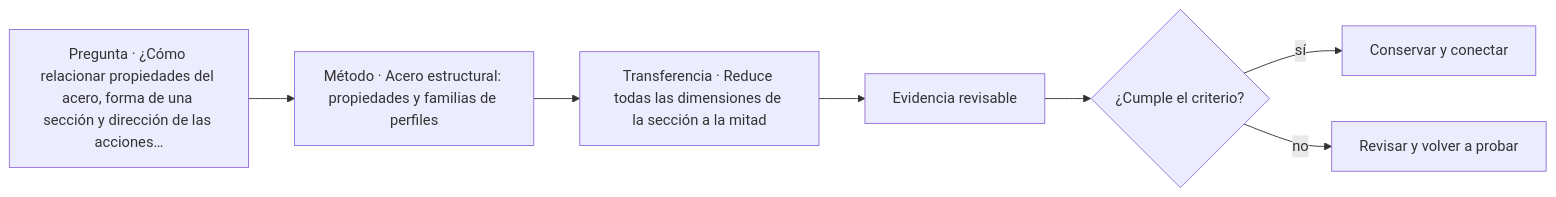
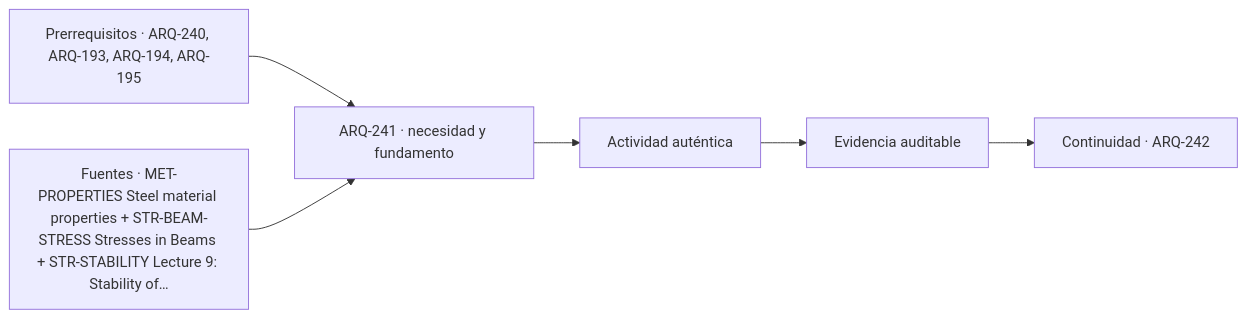
One commit to vladimiracunadev-create/architecture-built-environment-learning-program changed the diagram in classes/parte-25/ARQ-241.md. Above: the diagram before and after it, drawn with Mermaid. The commit also changed other lines of this file and 761 other files, not shown here.

````diff
--- a/classes/parte-25/ARQ-241.md
+++ b/classes/parte-25/ARQ-241.md
@@ -118,9 +130,8 @@
 ```mermaid
 flowchart LR
-    Q["Pregunta · ¿Cómo relacionar propiedades del acero, forma de una sección y dirección de las acciones…"] --> M["Método · Acero estructural: propiedades y familias de perfiles"]
-    M --> P["Transferencia · Reduce todas las dimensiones de la sección a la mitad"]
-    P --> E["Evidencia revisable"]
-    E --> C{"¿Cumple el criterio?"}
-    C -->|sí| T["Conservar y conectar"]
-    C -->|no| R["Revisar y volver a probar"]
+    A["Prerrequisitos · ARQ-240, ARQ-193, ARQ-194, ARQ-195"] --> B["ARQ-241 · necesidad y fundamento"]
+    S["Fuentes · MET-PROPERTIES Steel material properties + STR-BEAM-STRESS Stresses in Beams + STR-STABILITY Lecture 9: Stability of…"] --> B
+    B --> C["Actividad auténtica"]
+    C --> D["Evidencia auditable"]
+    D --> E["Continuidad · ARQ-242"]
 ```
````
